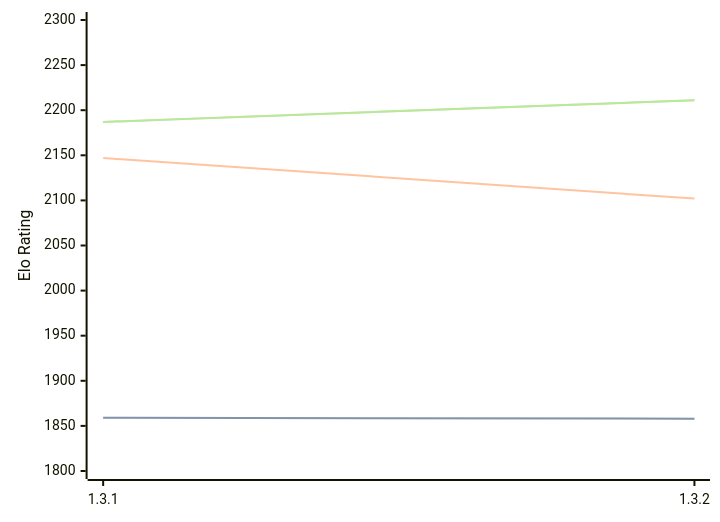
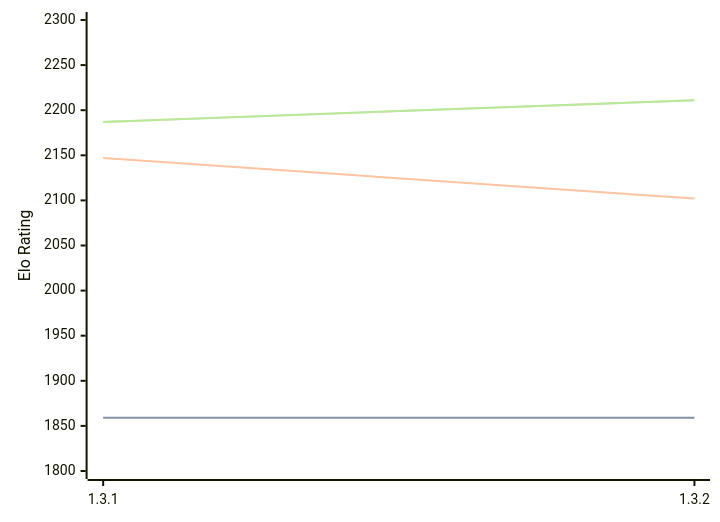
Before and after one commit to computer-chess-index/cci: the diagram in engines/Zugblitz.md, drawn with Mermaid. The commit also changed other lines of this file, not shown here.

````diff
--- a/engines/Zugblitz.md
+++ b/engines/Zugblitz.md
@@ -32,11 +32,11 @@
 ```mermaid
 %%{init: {"theme":"base","themeVariables":{"seriesColors:['#a3a3a3','#222221','#faa371']}}}%%
 xychart-beta
   x-axis ["1.3.1", "1.3.2"]
   y-axis "Elo Rating" 1800 --> 2300
-  line "" [1859, 1858]
-  line "STC (8.0+0.08s)" [1859, 1858]
+  line "" [1859, 1859]
+  line "STC (8.0+0.08s)" [1859, 1859]
   line "LTC (60.0+0.60s)" [2147, 2102]
   line "" [2187, 2211]
   line "VLTC (2m24s+1.12s)" [2187, 2211]
 ```
````
